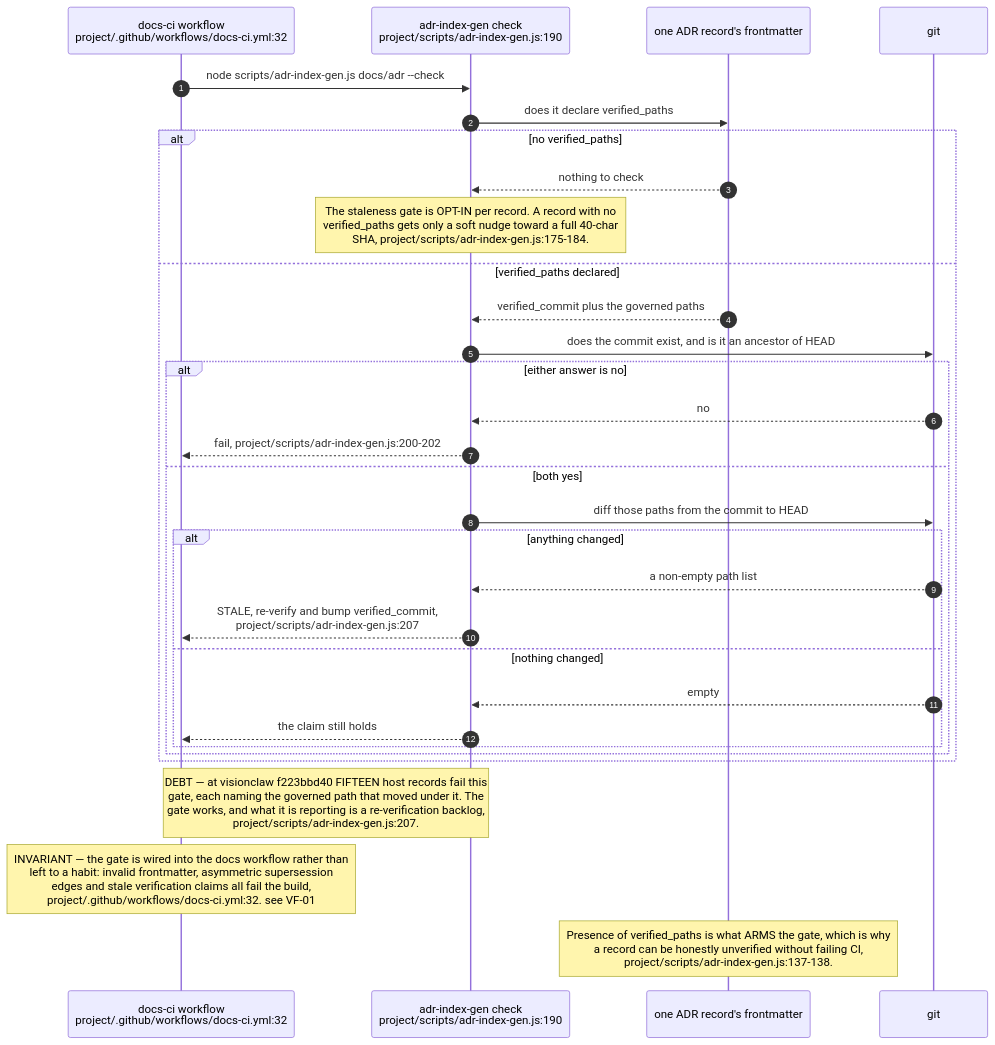
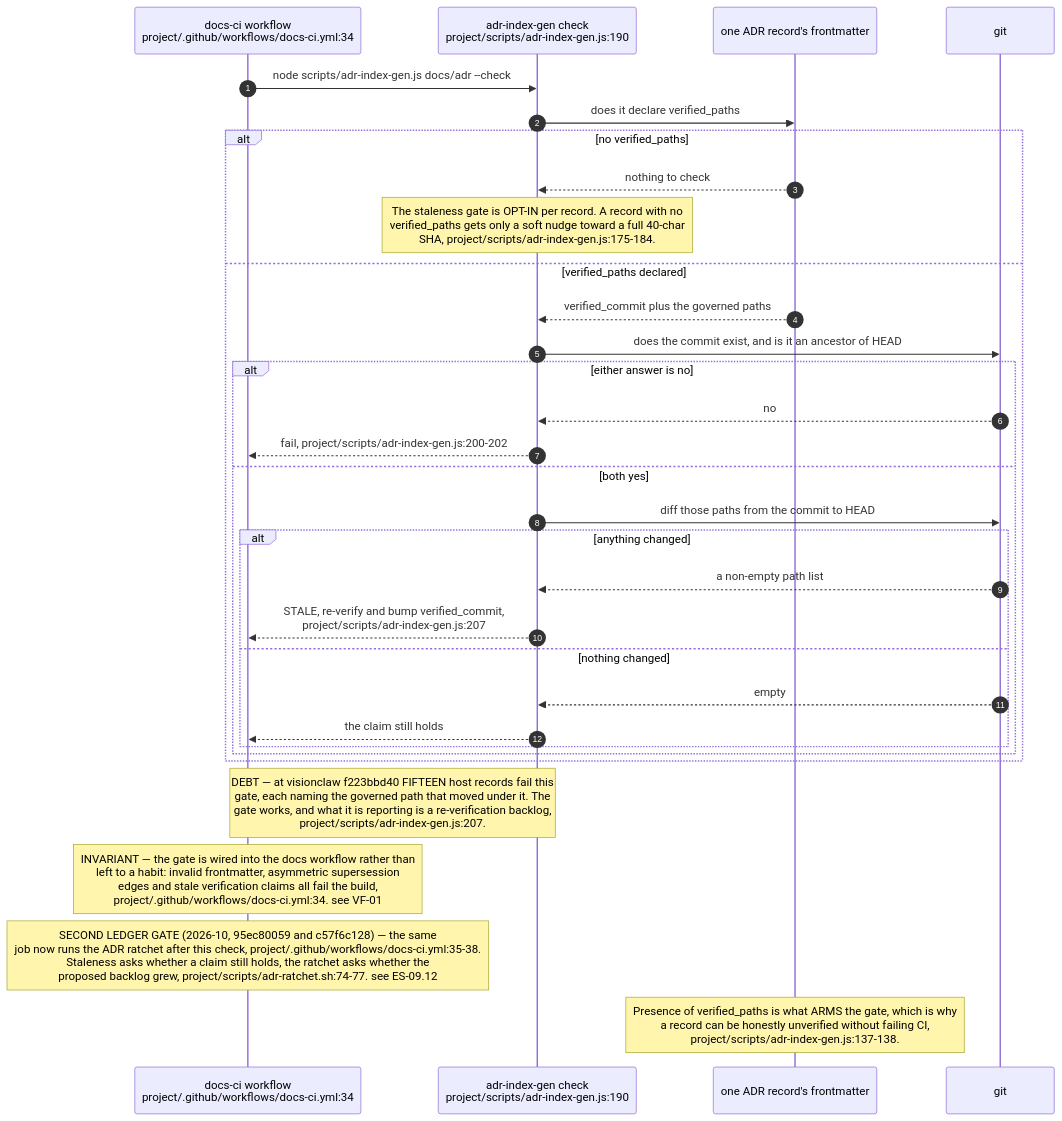
Diagram 23 of 23 in docs/diagrams/estate/09-build-deploy-and-ci-estate.md (DreamLab-AI/VisionFlow), drawn with Mermaid before and after one commit. The commit also changed other lines of this file and 94 other files, not shown here.

First line of the commit message:
docs(diagrams): re-verify 130 topics against 2 October HEADs

````diff
--- a/docs/diagrams/estate/09-build-deploy-and-ci-estate.md
+++ b/docs/diagrams/estate/09-build-deploy-and-ci-estate.md
@@ -716,35 +734,36 @@
 ```mermaid
 sequenceDiagram
     autonumber
-    participant CI as docs-ci workflow<br/>project/.github/workflows/docs-ci.yml:32
+    participant CI as docs-ci workflow<br/>project/.github/workflows/docs-ci.yml:34
     participant GEN as adr-index-gen check<br/>project/scripts/adr-index-gen.js:190
     participant REC as one ADR record's frontmatter
     participant GIT as git
 
     CI->>GEN: node scripts/adr-index-gen.js docs/adr --check
     GEN->>REC: does it declare verified_paths
     alt no verified_paths
         REC-->>GEN: nothing to check
         Note over GEN: The staleness gate is OPT-IN per record. A record with no<br/>verified_paths gets only a soft nudge toward a full 40-char<br/>SHA, project/scripts/adr-index-gen.js:175-184.
     else verified_paths declared
         REC-->>GEN: verified_commit plus the governed paths
         GEN->>GIT: does the commit exist, and is it an ancestor of HEAD
         alt either answer is no
             GIT-->>GEN: no
             GEN-->>CI: fail, project/scripts/adr-index-gen.js:200-202
         else both yes
             GEN->>GIT: diff those paths from the commit to HEAD
             alt anything changed
                 GIT-->>GEN: a non-empty path list
                 GEN-->>CI: STALE, re-verify and bump verified_commit,<br/>project/scripts/adr-index-gen.js:207
             else nothing changed
                 GIT-->>GEN: empty
                 GEN-->>CI: the claim still holds
             end
         end
     end
 
     Note over GEN,CI: DEBT — at visionclaw f223bbd40 FIFTEEN host records fail this<br/>gate, each naming the governed path that moved under it. The<br/>gate works, and what it is reporting is a re-verification backlog,<br/>project/scripts/adr-index-gen.js:207.
-    Note over CI: INVARIANT — the gate is wired into the docs workflow rather than<br/>left to a habit: invalid frontmatter, asymmetric supersession<br/>edges and stale verification claims all fail the build,<br/>project/.github/workflows/docs-ci.yml:32. see VF-01
+    Note over CI: INVARIANT — the gate is wired into the docs workflow rather than<br/>left to a habit: invalid frontmatter, asymmetric supersession<br/>edges and stale verification claims all fail the build,<br/>project/.github/workflows/docs-ci.yml:34. see VF-01
+    Note over CI: SECOND LEDGER GATE (2026-10, 95ec80059 and c57f6c128) — the same<br/>job now runs the ADR ratchet after this check, project/.github/workflows/docs-ci.yml:35-38.<br/>Staleness asks whether a claim still holds, the ratchet asks whether the<br/>proposed backlog grew, project/scripts/adr-ratchet.sh:74-77. see ES-09.12
     Note over REC: Presence of verified_paths is what ARMS the gate, which is why<br/>a record can be honestly unverified without failing CI,<br/>project/scripts/adr-index-gen.js:137-138.
 ```
````
